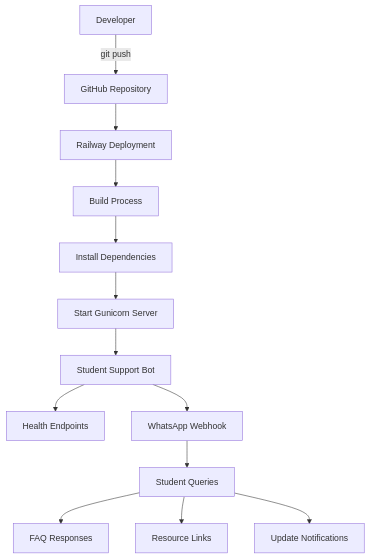
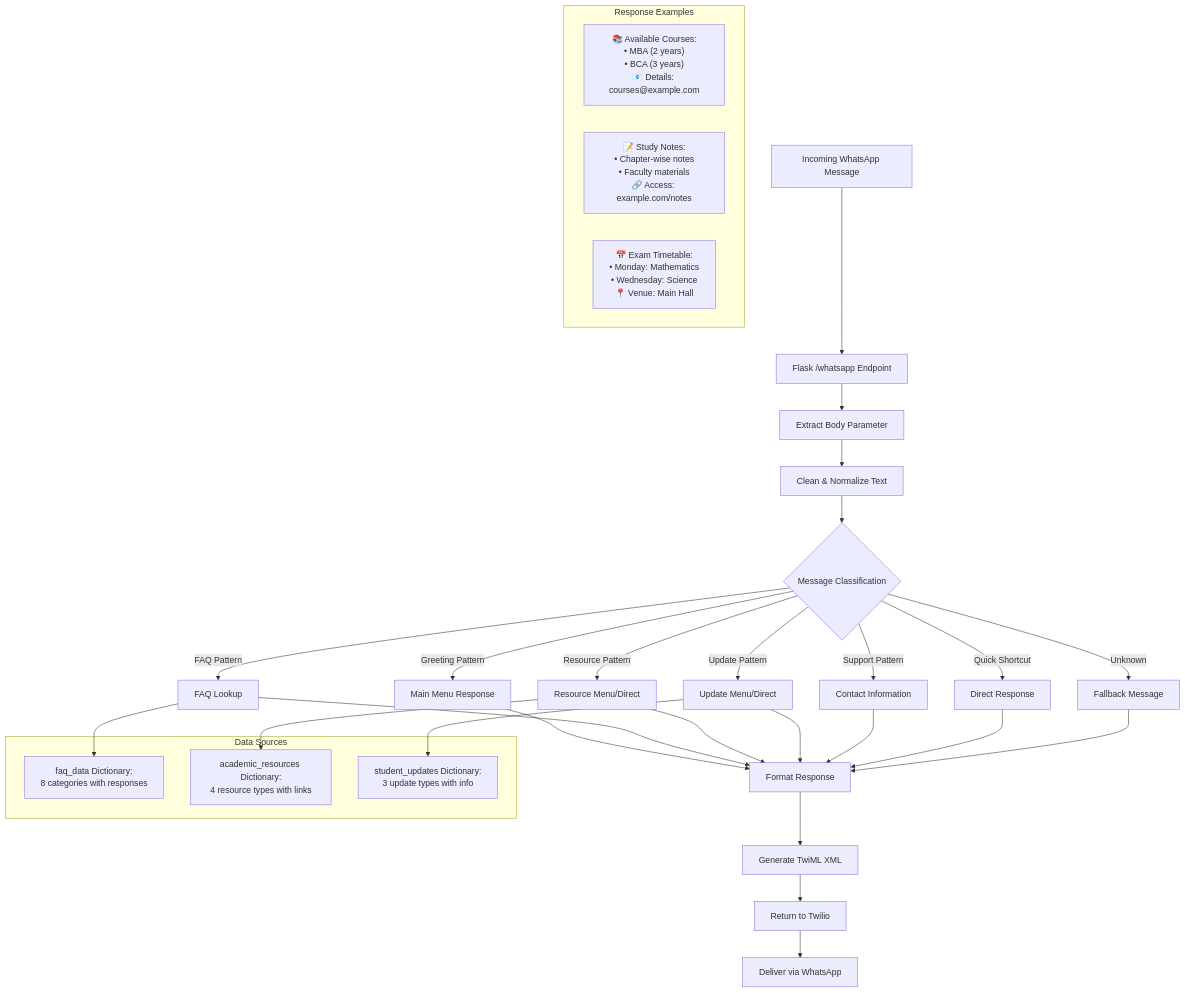
One commit to sarthak-genai-33/whatsapp-education-bot changed the fourth of 4 diagrams in flowchart.md. Above: the diagram before and after it, drawn with Mermaid. The commit also changed other lines of this file, not shown here.

First line of the commit message:
Create Comprehensive System Flowcharts for Student Support Bot

````diff
--- a/flowchart.md
+++ b/flowchart.md
@@ -128,18 +162,44 @@
 ```mermaid
-flowchart TD
-    A[Developer] -->|git push| B[GitHub Repository]
-    B --> C[Railway Deployment]
+flowchart TB
+    A[Incoming WhatsApp Message] --> B[Flask /whatsapp Endpoint]
     
-    C --> D[Build Process]
-    D --> E[Install Dependencies]
-    E --> F[Start Gunicorn Server]
-    F --> G[Student Support Bot]
+    B --> C[Extract Body Parameter]
+    C --> D[Clean & Normalize Text]
+    D --> E{Message Classification}
     
-    G --> H[Health Endpoints]
-    G --> I[WhatsApp Webhook]
+    E -->|Greeting Pattern| F[Main Menu Response]
+    E -->|FAQ Pattern| G[FAQ Lookup]
+    E -->|Resource Pattern| H[Resource Menu/Direct]
+    E -->|Update Pattern| I[Update Menu/Direct]
+    E -->|Support Pattern| J[Contact Information]
+    E -->|Quick Shortcut| K[Direct Response]
+    E -->|Unknown| L[Fallback Message]
     
-    I --> J[Student Queries]
-    J --> K[FAQ Responses]
-    J --> L[Resource Links]
-    J --> M[Update Notifications]
+    subgraph "Data Sources"
+        M[faq_data Dictionary:<br/>8 categories with responses]
+        N[academic_resources Dictionary:<br/>4 resource types with links]
+        O[student_updates Dictionary:<br/>3 update types with info]
+    end
+    
+    G --> M
+    H --> N
+    I --> O
+    
+    F --> P[Format Response]
+    G --> P
+    H --> P
+    I --> P
+    J --> P
+    K --> P
+    L --> P
+    
+    P --> Q[Generate TwiML XML]
+    Q --> R[Return to Twilio]
+    R --> S[Deliver via WhatsApp]
+    
+    subgraph "Response Examples"
+        T["📚 Available Courses:<br/>• MBA (2 years)<br/>• BCA (3 years)<br/>📧 Details: courses@example.com"]
+        U["📝 Study Notes:<br/>• Chapter-wise notes<br/>• Faculty materials<br/>🔗 Access: example.com/notes"]
+        V["📅 Exam Timetable:<br/>• Monday: Mathematics<br/>• Wednesday: Science<br/>📍 Venue: Main Hall"]
+    end
 ```
````
